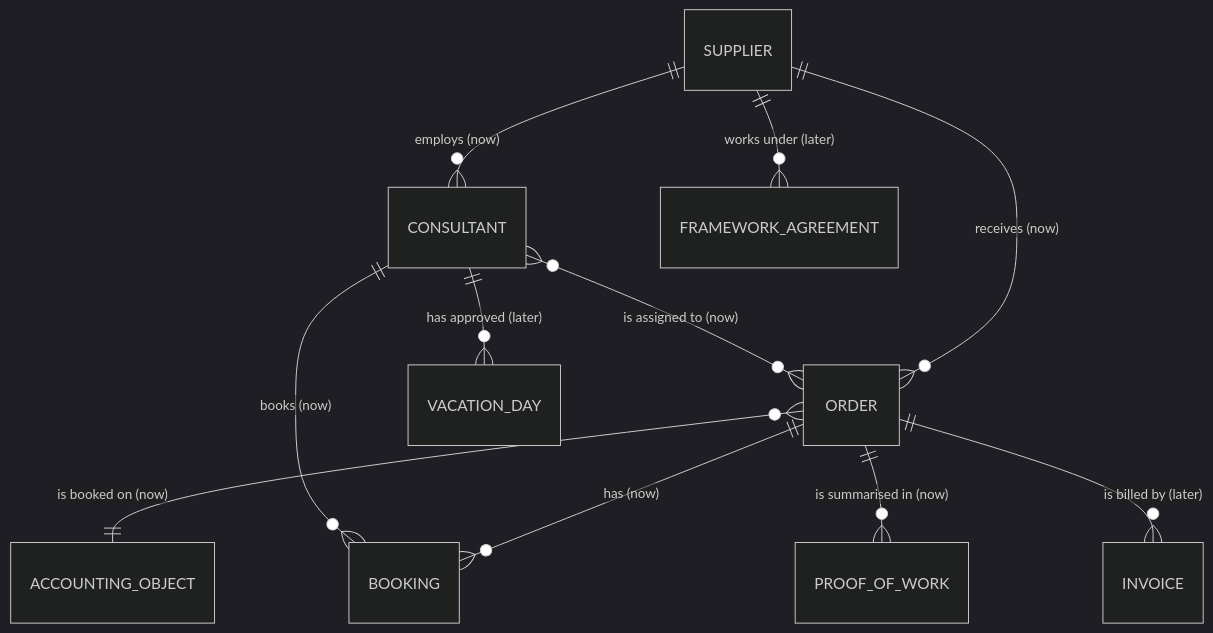
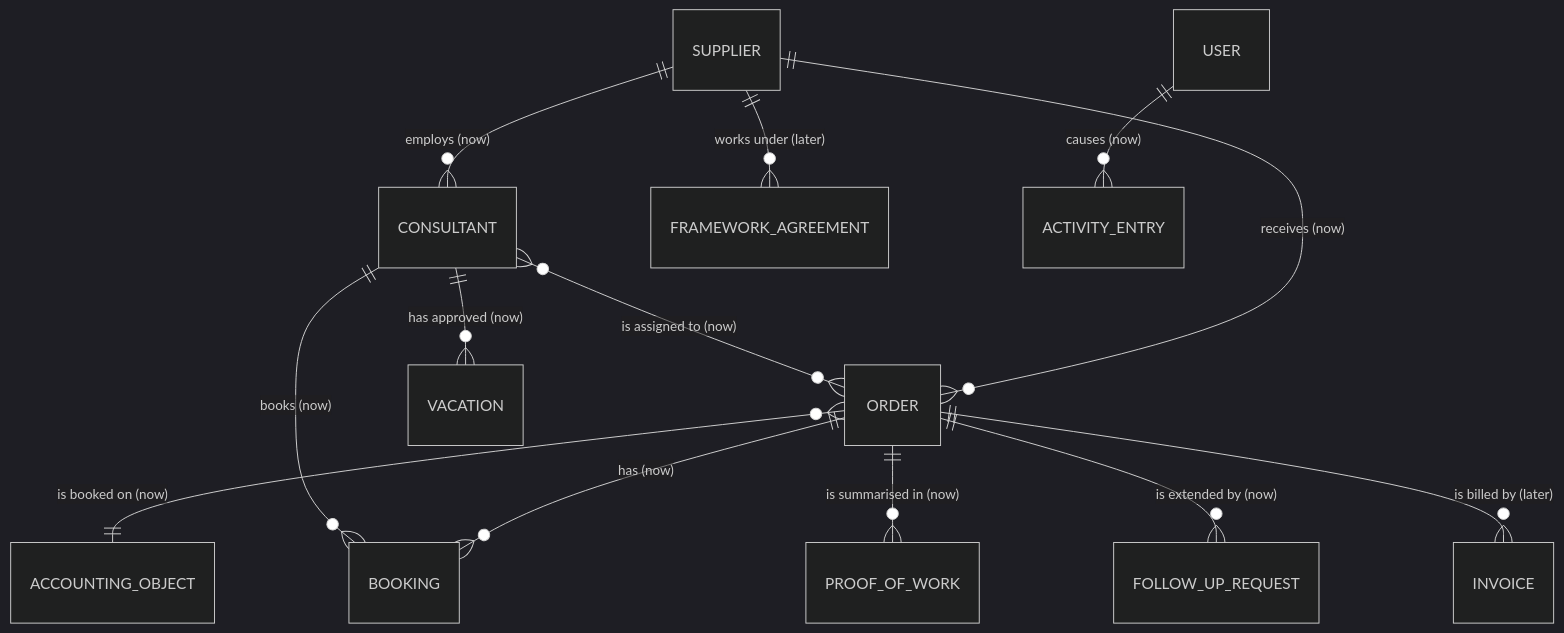
Before and after one commit to bayorwor/last-worche: the diagram in docs/domain.md, drawn with Mermaid (dark theme). The commit also changed other lines of this file and 7 other files, not shown here.

````diff
--- a/docs/domain.md
+++ b/docs/domain.md
@@ -25,13 +27,15 @@
 ```mermaid
 erDiagram
     SUPPLIER ||--o{ CONSULTANT : "employs (now)"
     SUPPLIER ||--o{ ORDER : "receives (now)"
     ORDER }o--|| ACCOUNTING_OBJECT : "is booked on (now)"
     CONSULTANT }o--o{ ORDER : "is assigned to (now)"
     ORDER ||--o{ BOOKING : "has (now)"
     CONSULTANT ||--o{ BOOKING : "books (now)"
     ORDER ||--o{ PROOF_OF_WORK : "is summarised in (now)"
     SUPPLIER ||--o{ FRAMEWORK_AGREEMENT : "works under (later)"
+    ORDER ||--o{ FOLLOW_UP_REQUEST : "is extended by (now)"
     ORDER ||--o{ INVOICE : "is billed by (later)"
-    CONSULTANT ||--o{ VACATION_DAY : "has approved (later)"
+    CONSULTANT ||--o{ VACATION : "has approved (now)"
+    USER ||--o{ ACTIVITY_ENTRY : "causes (now)"
 ```
````
